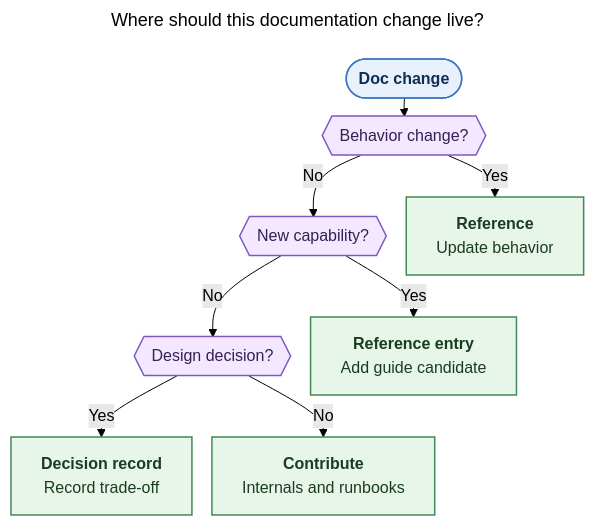
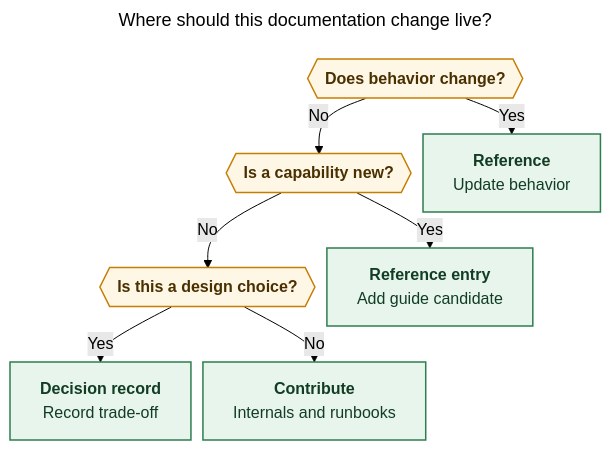
Before and after one commit to sase-org/sase-research-artifacts: the second of 3 diagrams in src/sase_research_artifacts/skills/mermaid_diagrams.md, drawn with Mermaid (forest theme). The commit also changed other lines of this file and 11 other files, not shown here.

First line of the commit message:
feat(research-diagrams): finish Mermaid craft landing repairs

````diff
--- a/src/sase_research_artifacts/skills/mermaid_diagrams.md
+++ b/src/sase_research_artifacts/skills/mermaid_diagrams.md
@@ -238,31 +273,31 @@
 ```mermaid
 ---
 title: "Where should this documentation change live?"
+accTitle: "Documentation change routing"
+accDescr: "Three decisions route a documentation change to Reference, a guide candidate, a decision record, or Contribute."
 config:
   flowchart:
-    rankSpacing: 18
-    nodeSpacing: 20
+    rankSpacing: 12
+    nodeSpacing: 12
+    wrappingWidth: 260
 ---
 flowchart TD
-  START(["`**Doc change**`"])
-  Q1{{"Behavior change?"}}
-  Q2{{"New capability?"}}
-  Q3{{"Design decision?"}}
+  Q1{{"`**Does behavior change?**`"}}
+  Q2{{"`**Is a capability new?**`"}}
+  Q3{{"`**Is this a design choice?**`"}}
   REF["`**Reference**<br/>Update behavior`"]
   GUIDE["`**Reference entry**<br/>Add guide candidate`"]
   DECISION["`**Decision record**<br/>Record trade-off`"]
   CONTRIB["`**Contribute**<br/>Internals and runbooks`"]
-  START --> Q1
   Q1 -->|Yes| REF
   Q1 -->|No| Q2
   Q2 -->|Yes| GUIDE
   Q2 -->|No| Q3
   Q3 -->|Yes| DECISION
   Q3 -->|No| CONTRIB
   classDef focus fill:#E8F1FB,stroke:#3B78C2,stroke-width:1.5px,color:#0F2E52
-  classDef decision fill:#F3E8FF,stroke:#7E57C2,stroke-width:1.5px,color:#35204F
-  classDef outcome fill:#E8F5E9,stroke:#428A55,stroke-width:1.5px,color:#193D22
-  class START focus
+  classDef decision fill:#FFF7E6,stroke:#C77C02,stroke-width:1.5px,color:#4A3000
+  classDef outcome fill:#E7F5EC,stroke:#2E7D4F,stroke-width:1.5px,color:#123D24
   class Q1,Q2,Q3 decision
   class REF,GUIDE,DECISION,CONTRIB outcome
 ```
````
